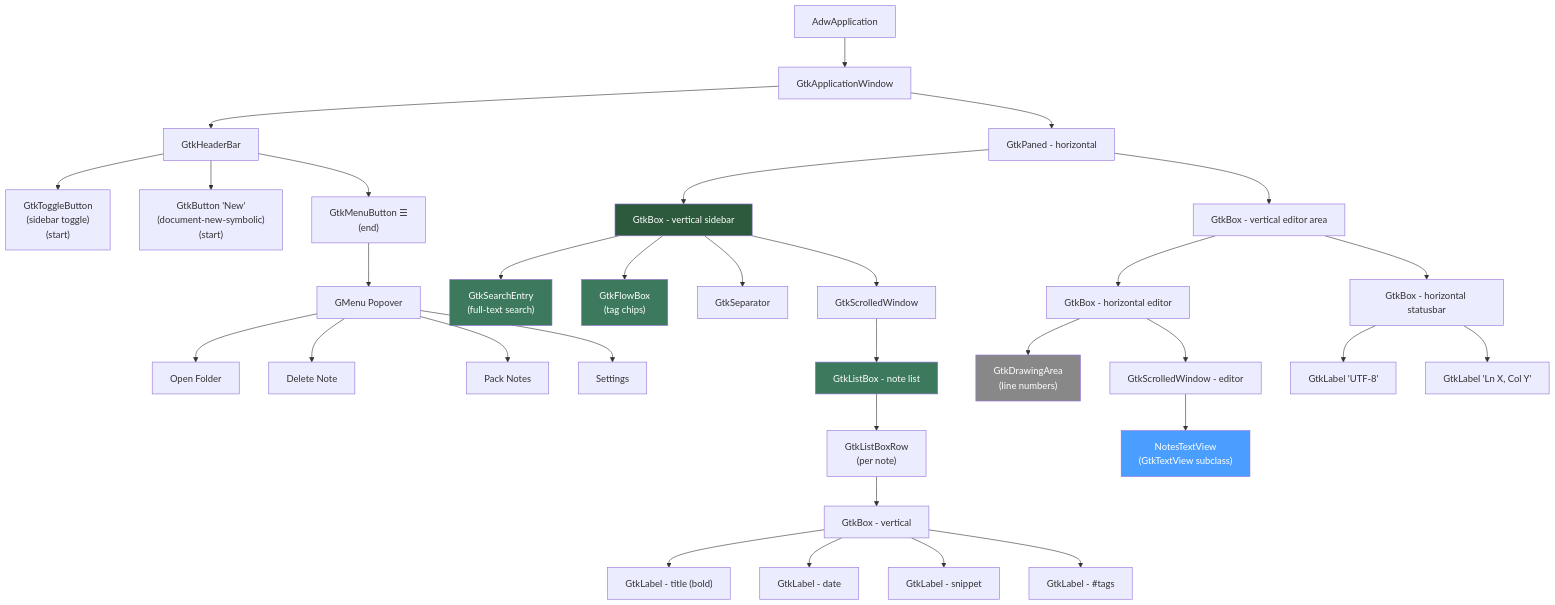
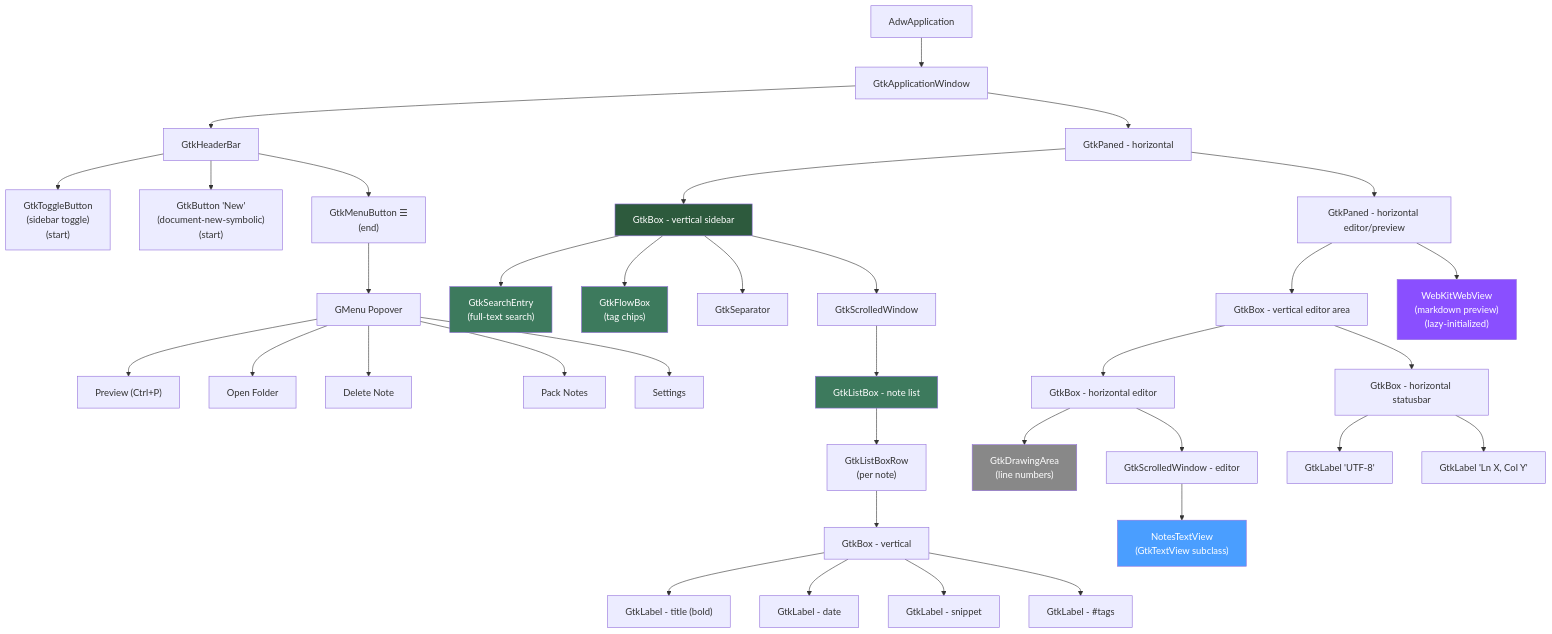
One commit to dkrse/notes-desktop changed the first of 7 diagrams in docs/diagrams.md. Above: the diagram before and after it, drawn with Mermaid. The commit also changed other lines of this file and 36 other files, not shown here.

````diff
--- a/docs/diagrams.md
+++ b/docs/diagrams.md
@@ -5,48 +5,52 @@
 ```mermaid
 graph TD
     A[AdwApplication] --> B[GtkApplicationWindow]
     B --> C[GtkHeaderBar]
     B --> P[GtkPaned - horizontal]
 
     C --> C0["GtkToggleButton<br/>(sidebar toggle)<br/>(start)"]
     C --> C4["GtkButton 'New'<br/>(document-new-symbolic)<br/>(start)"]
     C --> C2["GtkMenuButton ☰<br/>(end)"]
     C2 --> C3[GMenu Popover]
+    C3 --> C3p["Preview (Ctrl+P)"]
     C3 --> C3a["Open Folder"]
     C3 --> C3d["Delete Note"]
     C3 --> C3b["Pack Notes"]
     C3 --> C3c["Settings"]
 
     P --> SB[GtkBox - vertical sidebar]
-    P --> EV[GtkBox - vertical editor area]
+    P --> PP[GtkPaned - horizontal editor/preview]
+    PP --> EV[GtkBox - vertical editor area]
+    PP --> WK["WebKitWebView<br/>(markdown preview)<br/>(lazy-initialized)"]
 
     SB --> SE["GtkSearchEntry<br/>(full-text search)"]
     SB --> TF["GtkFlowBox<br/>(tag chips)"]
     SB --> SP[GtkSeparator]
     SB --> LS[GtkScrolledWindow]
     LS --> LB[GtkListBox - note list]
     LB --> LR["GtkListBoxRow<br/>(per note)"]
     LR --> NB["GtkBox - vertical"]
     NB --> NT["GtkLabel - title (bold)"]
     NB --> ND["GtkLabel - date"]
     NB --> NS["GtkLabel - snippet"]
     NB --> NG["GtkLabel - #tags"]
 
     EV --> E[GtkBox - horizontal editor]
     EV --> F[GtkBox - horizontal statusbar]
 
     E --> G["GtkDrawingArea<br/>(line numbers)"]
     E --> H[GtkScrolledWindow - editor]
 
     H --> H1["NotesTextView<br/>(GtkTextView subclass)"]
 
     F --> F1["GtkLabel 'UTF-8'"]
     F --> F2["GtkLabel 'Ln X, Col Y'"]
 
     style H1 fill:#4a9eff,color:#fff
     style G fill:#888,color:#fff
+    style WK fill:#8a4fff,color:#fff
     style SB fill:#2d5a3d,color:#fff
     style SE fill:#3d7a5d,color:#fff
     style TF fill:#3d7a5d,color:#fff
     style LB fill:#3d7a5d,color:#fff
 ```
````
